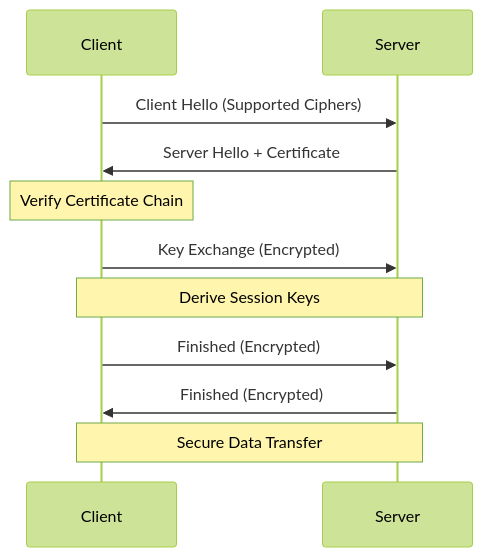
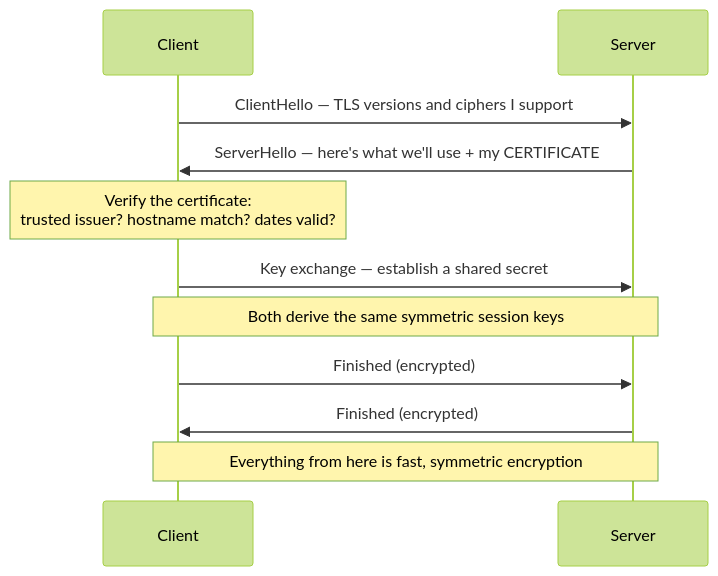
The first of 2 diagrams in docs/essentials/tls/tls_basics.md (bradpenney/exploring_networking), drawn with Mermaid (forest theme) before and after one commit. The commit also changed other lines of this file and 9 other files, not shown here.

````diff
--- a/docs/essentials/tls/tls_basics.md
+++ b/docs/essentials/tls/tls_basics.md
@@ -30,13 +20,13 @@
 ```mermaid
 sequenceDiagram
-    participant Client
-    participant Server
-    Client->>Server: Client Hello (Supported Ciphers)
-    Server->>Client: Server Hello + Certificate
-    Note over Client: Verify Certificate Chain
-    Client->>Server: Key Exchange (Encrypted)
-    Note over Client,Server: Derive Session Keys
-    Client->>Server: Finished (Encrypted)
-    Server->>Client: Finished (Encrypted)
-    Note over Client,Server: Secure Data Transfer
+    participant C as Client
+    participant S as Server
+    C->>S: ClientHello — TLS versions and ciphers I support
+    S->>C: ServerHello — here's what we'll use + my CERTIFICATE
+    Note over C: Verify the certificate:<br/>trusted issuer? hostname match? dates valid?
+    C->>S: Key exchange — establish a shared secret
+    Note over C,S: Both derive the same symmetric session keys
+    C->>S: Finished (encrypted)
+    S->>C: Finished (encrypted)
+    Note over C,S: Everything from here is fast, symmetric encryption
 ```
````
